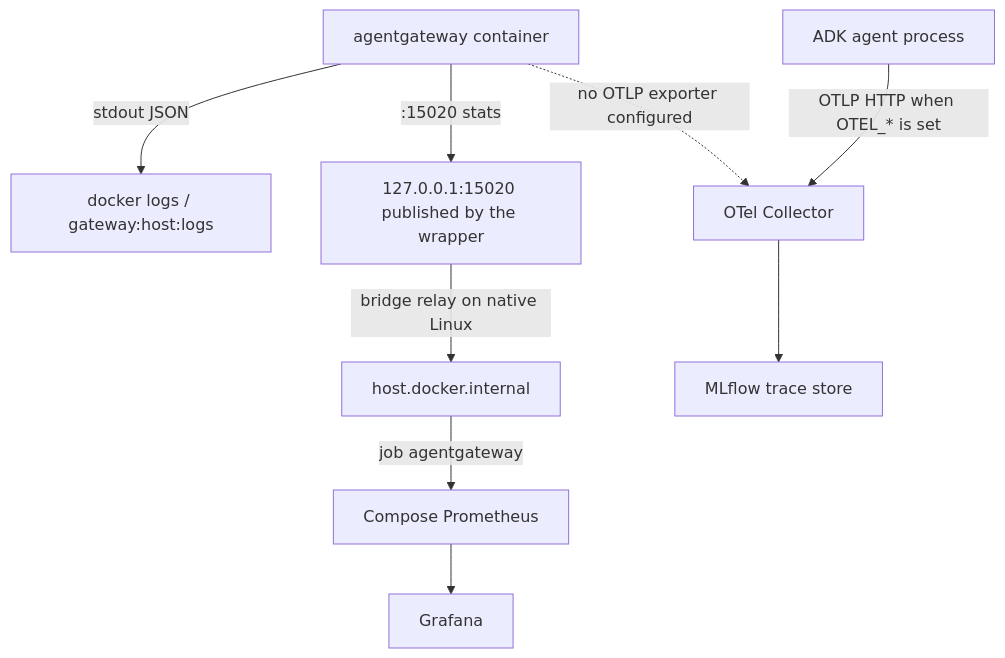
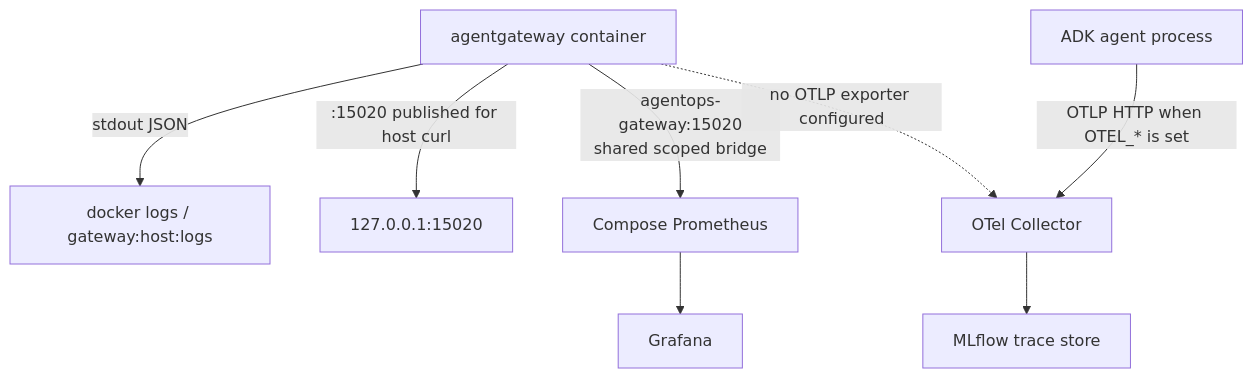
The second of 3 diagrams in docs/5. Gateway/5.6. Gateway Observability.md (LuiGGi629/agentops-open-course), drawn with Mermaid before and after one commit. The commit also changed other lines of this file and 29 other files, not shown here.

````diff
--- a/docs/5. Gateway/5.6. Gateway Observability.md
+++ b/docs/5. Gateway/5.6. Gateway Observability.md
@@ -199,11 +199,10 @@
 ```mermaid
 flowchart TD
     Gateway[agentgateway container] -->|stdout JSON| Logs[docker logs / gateway:host:logs]
-    Gateway -->|:15020 stats| Published[127.0.0.1:15020 published by the wrapper]
-    Published -->|bridge relay on native Linux| Bridge[host.docker.internal]
-    Bridge -->|job agentgateway| Prometheus[Compose Prometheus]
+    Gateway -->|:15020 published for host curl| Published[127.0.0.1:15020]
+    Gateway -->|agentops-gateway:15020<br/>shared scoped bridge| Prometheus[Compose Prometheus]
     Prometheus --> Grafana
     Gateway -.->|no OTLP exporter configured| Collector[OTel Collector]
     Agent[ADK agent process] -->|OTLP HTTP when OTEL_* is set| Collector
     Collector --> MLflow[MLflow trace store]
 ```
````
